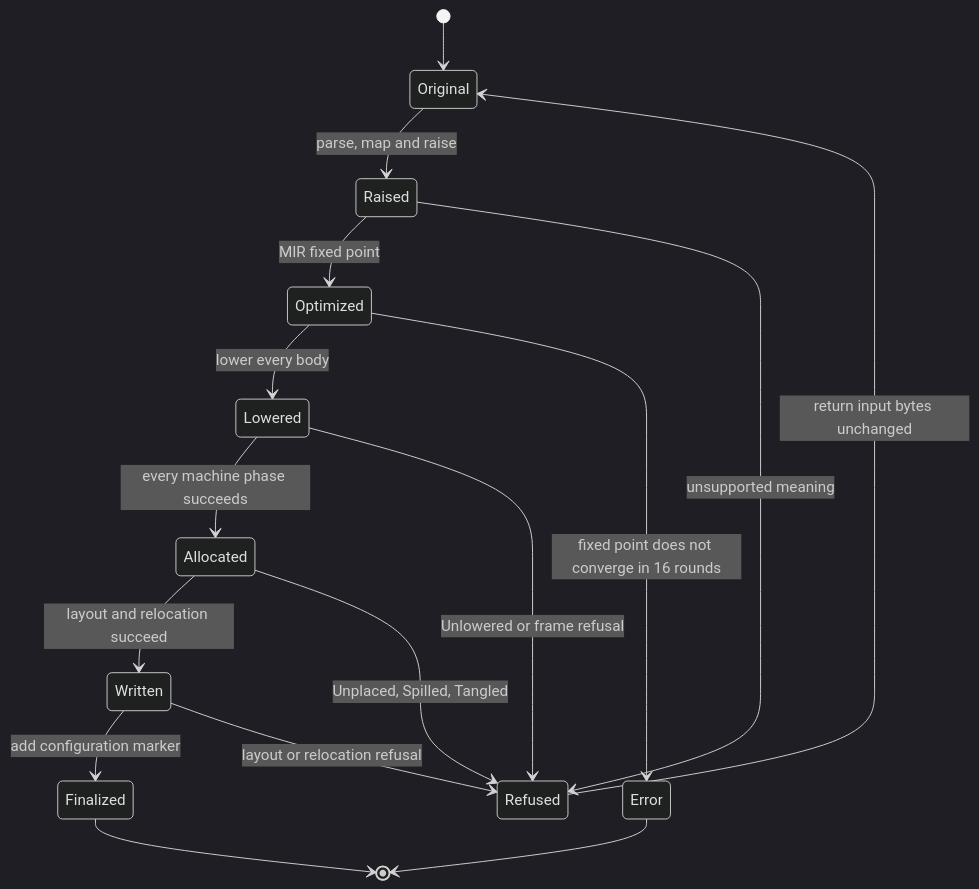
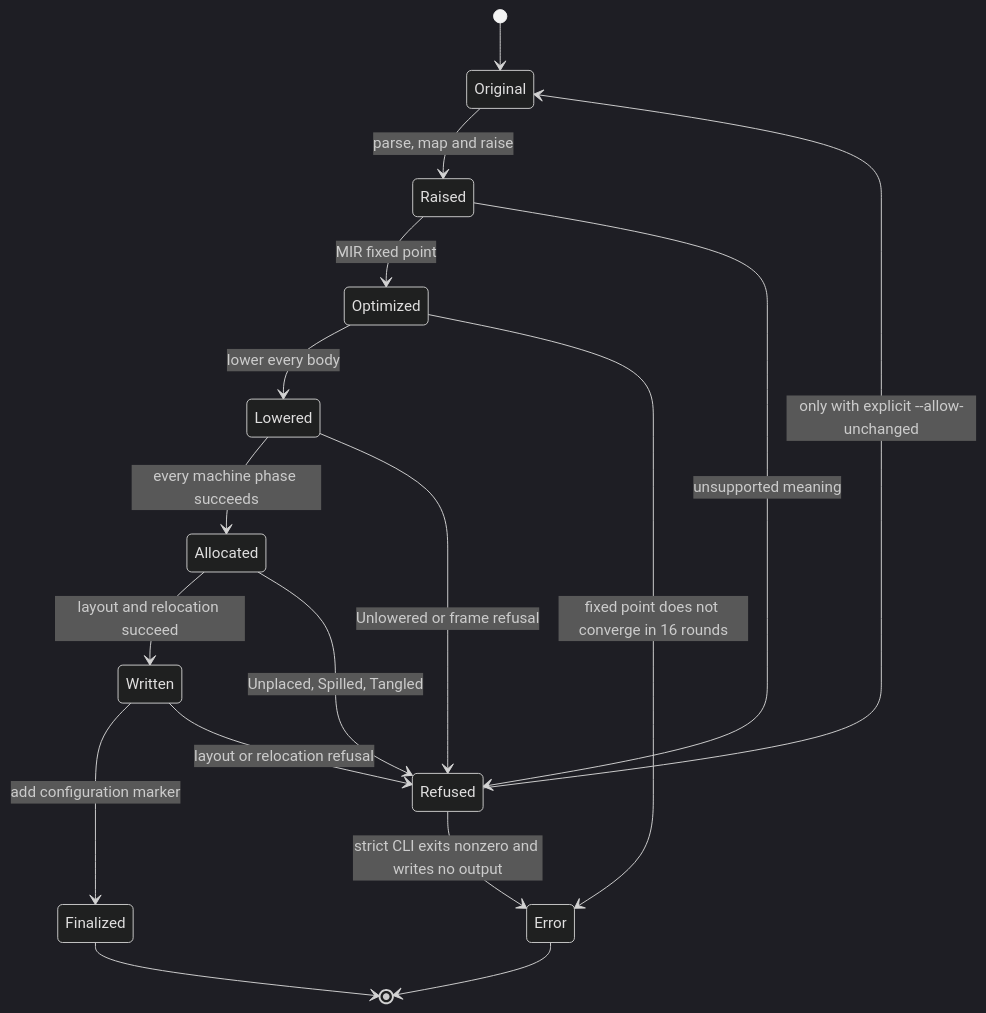
Diagram 11 of 13 in docs/architecture.md (ali-mosavian/llrm), drawn with Mermaid (dark theme) before and after one commit. The commit also changed other lines of this file and 205 other files, not shown here.

````diff
--- a/docs/architecture.md
+++ b/docs/architecture.md
@@ -462,19 +468,20 @@
 ```mermaid
 stateDiagram-v2
     [*] --> Original
     Original --> Raised: parse, map and raise
     Raised --> Optimized: MIR fixed point
     Optimized --> Lowered: lower every body
     Lowered --> Allocated: every machine phase succeeds
     Allocated --> Written: layout and relocation succeed
     Written --> Finalized: add configuration marker
     Finalized --> [*]
 
     Raised --> Refused: unsupported meaning
     Optimized --> Error: fixed point does not converge in 16 rounds
     Lowered --> Refused: Unlowered or frame refusal
     Allocated --> Refused: Unplaced, Spilled, Tangled
     Written --> Refused: layout or relocation refusal
-    Refused --> Original: return input bytes unchanged
+    Refused --> Error: strict CLI exits nonzero and writes no output
+    Refused --> Original: only with explicit --allow-unchanged
     Error --> [*]
 ```
````
